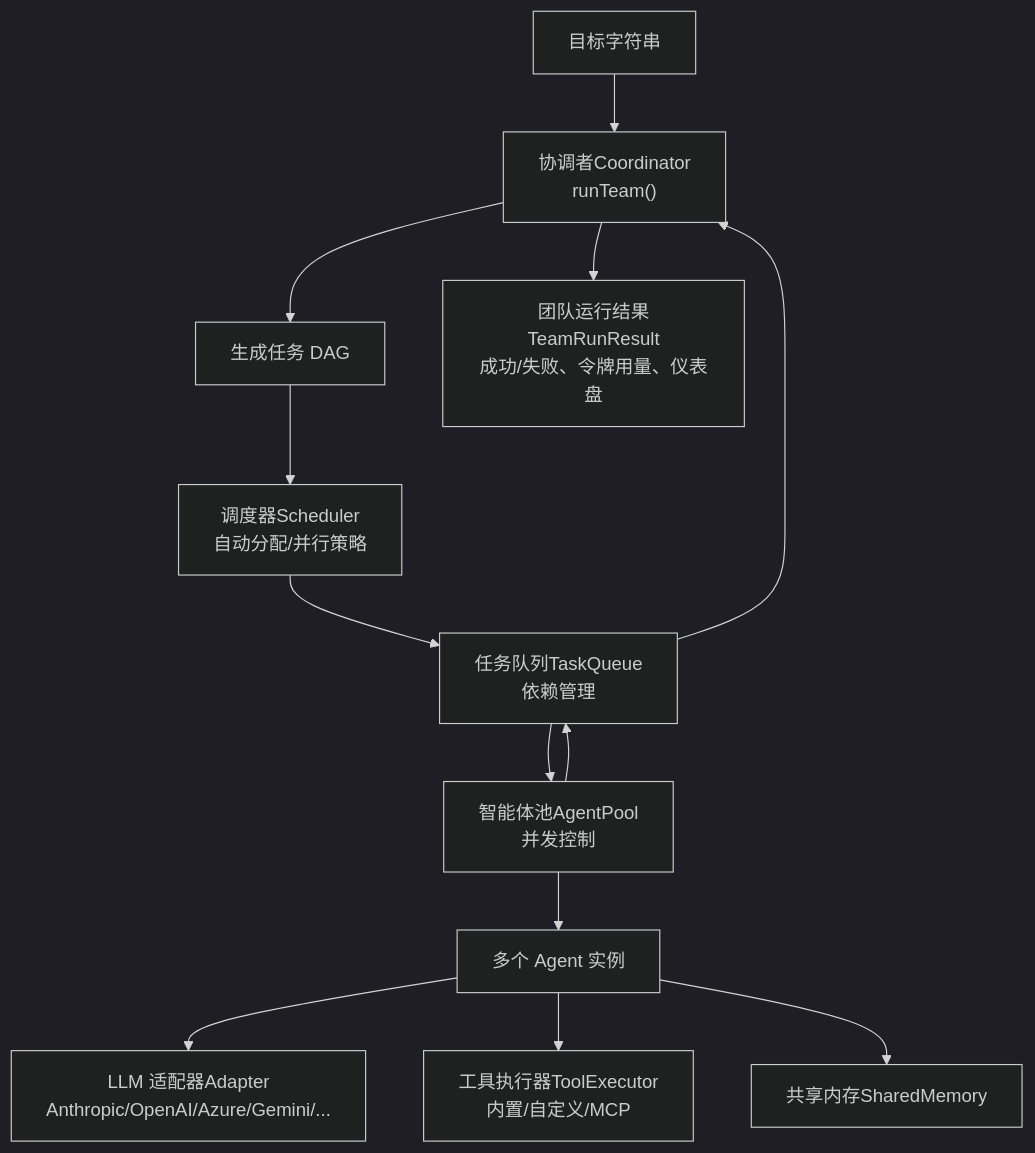
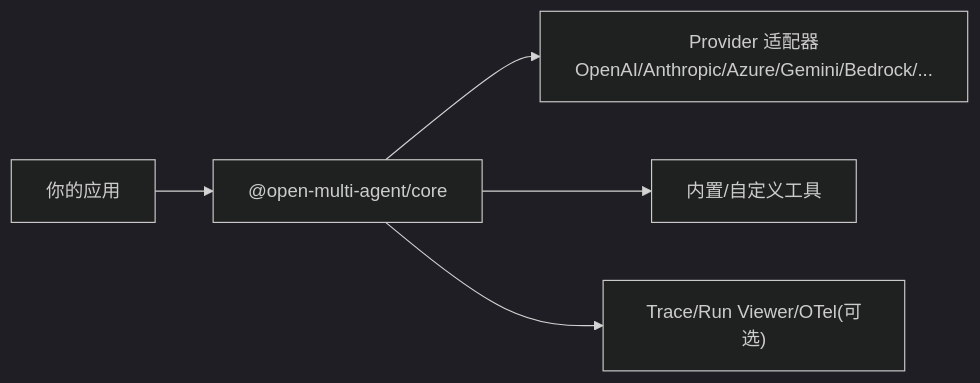
Before and after one commit to haolange/open-multi-agent: the sixth of 6 diagrams in .qoder/repowiki/zh/content/快速开始.md, drawn with Mermaid (dark theme). The commit also changed other lines of this file and 293 other files, not shown here.

````diff
--- a/.qoder/repowiki/zh/content/快速开始.md
+++ b/.qoder/repowiki/zh/content/快速开始.md
@@ -112,15 +211,7 @@
 ```mermaid
-graph TB
-GOAL["目标字符串"] --> COORD["协调者Coordinator<br/>runTeam()"]
-COORD --> PLAN["生成任务 DAG"]
-PLAN --> SCHED["调度器Scheduler<br/>自动分配/并行策略"]
-SCHED --> QUEUE["任务队列TaskQueue<br/>依赖管理"]
-QUEUE --> POOL["智能体池AgentPool<br/>并发控制"]
-POOL --> AGENTS["多个 Agent 实例"]
-AGENTS --> LLM["LLM 适配器Adapter<br/>Anthropic/OpenAI/Azure/Gemini/..."]
-AGENTS --> TOOLS["工具执行器ToolExecutor<br/>内置/自定义/MCP"]
-AGENTS --> MEM["共享内存SharedMemory"]
-POOL --> QUEUE
-QUEUE --> COORD
-COORD --> RESULT["团队运行结果TeamRunResult<br/>成功/失败、令牌用量、仪表盘"]
+graph LR
+App["你的应用"] --> Core["@open-multi-agent/core"]
+Core --> Prov["Provider 适配器<br/>OpenAI/Anthropic/Azure/Gemini/Bedrock/..."]
+Core --> Tools["内置/自定义工具"]
+Core --> Obs["Trace/Run Viewer/OTel(可选)"]
 ```
````
